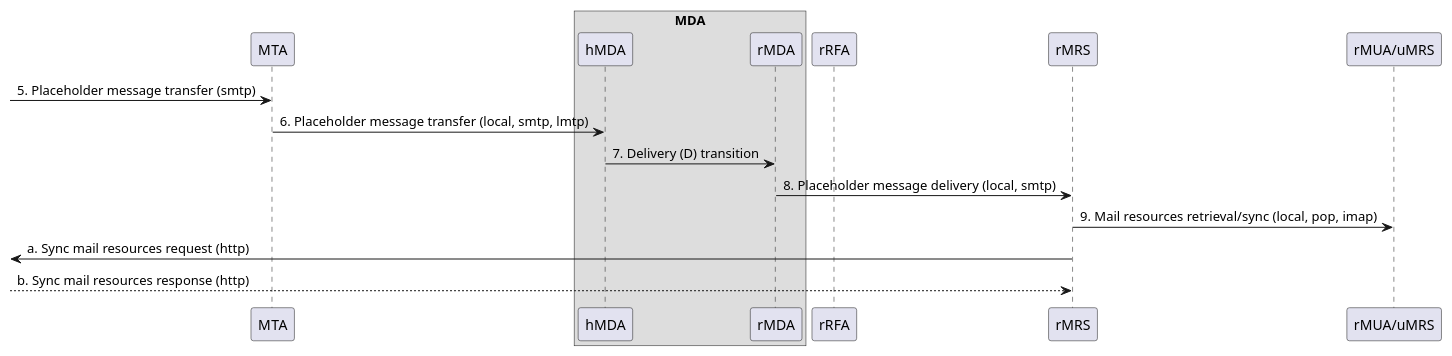
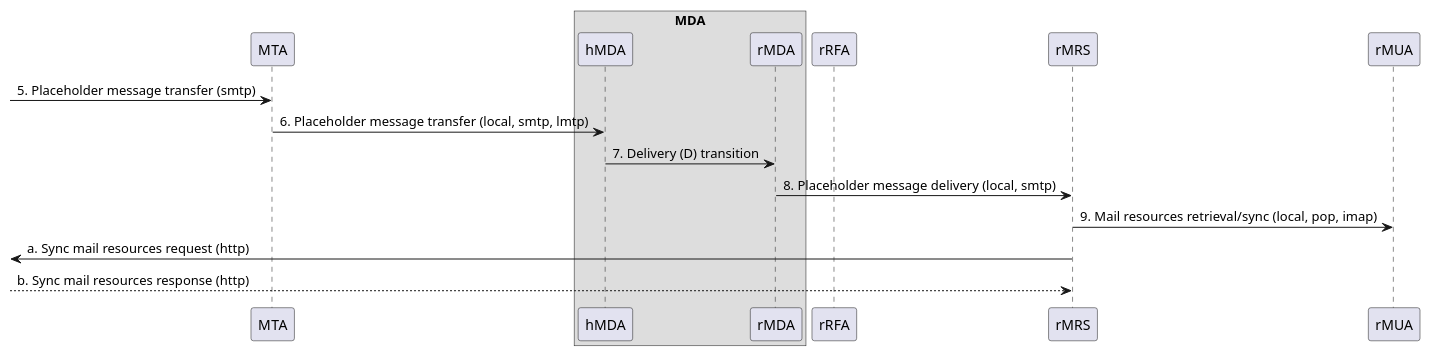
Before and after one commit to federizer/federizer: the diagram in docs/resources/authorization-enhanced_rfc5598_II_sd.puml, drawn with PlantUML. The commit also changed 5 other files, not shown here.

```diff
--- a/docs/resources/authorization-enhanced_rfc5598_II_sd.puml
+++ b/docs/resources/authorization-enhanced_rfc5598_II_sd.puml
@@ -1,39 +1,39 @@
 @startuml Authorization-Enhanced Internet Mail Architecture, message flow part II.
 
 /'
 Message
 Message User Agent (MUA)
     Author MUA (aMUA)
     Recipient MUA (rMUA)
 Message Submission Agent (MSA)
     Author-focused MSA functions (aMSA)
     MHS-focused MSA functions (hMSA)
 Message Transfer Agent (MTA)
 Message Delivery Agent (MDA)
     Recipient-focused MDA functions (rMDA)
     MHS-focused MDA functions (hMDA)
 Mail Resource Store (MRS)
     Author MRS (aMRS)
     Recipient MRS (rMRS)    
     User Agent MRS (uMRS)
 '/
 
 'ADMD II.
 participant "MTA" as MTA /'MTA'/
 box "MDA"
 participant "hMDA" as hMDA /'MHS-focused MDA'/
 participant "rMDA" as rMDA /'Recipient-focused MDA'/
 end box
 participant "rRFA" as rRFA /'Recipient RFA'/
 participant "rMRS" as rMRS /'Recipient MRS'/
-participant "rMUA/uMRS" as rMUA /'MUA, uMRS'/
+participant "rMUA" as rMUA /'MUA, uMRS optional'/
 
 [-> MTA : 5. Placeholder message transfer (smtp)
 MTA -> hMDA : 6. Placeholder message transfer (local, smtp, lmtp)
 hMDA -> rMDA : 7. Delivery (D) transition
 rMDA -> rMRS : 8. Placeholder message delivery (local, smtp)
 rMRS -> rMUA : 9. Mail resources retrieval/sync (local, pop, imap)
 rMRS ->[ : a. Sync mail resources request (http)
 rMRS <--[ : b. Sync mail resources response (http)
 
 @enduml
```
